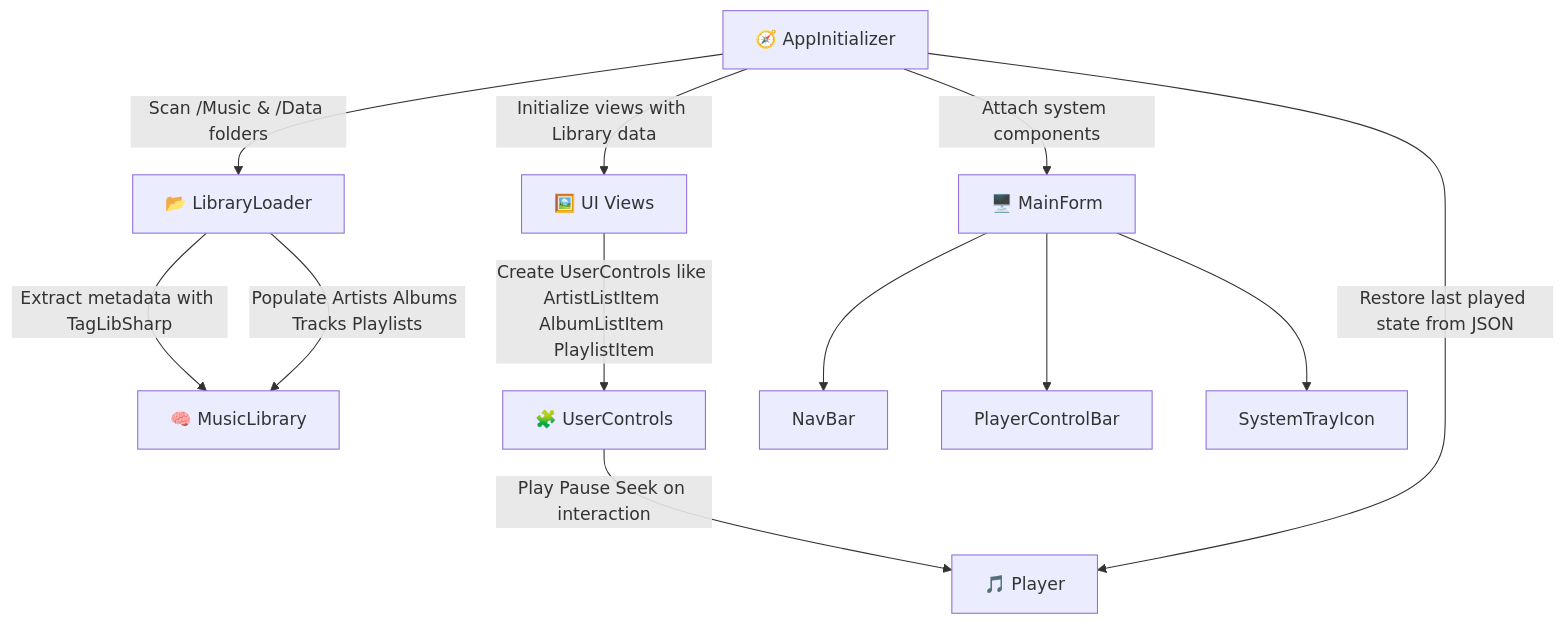
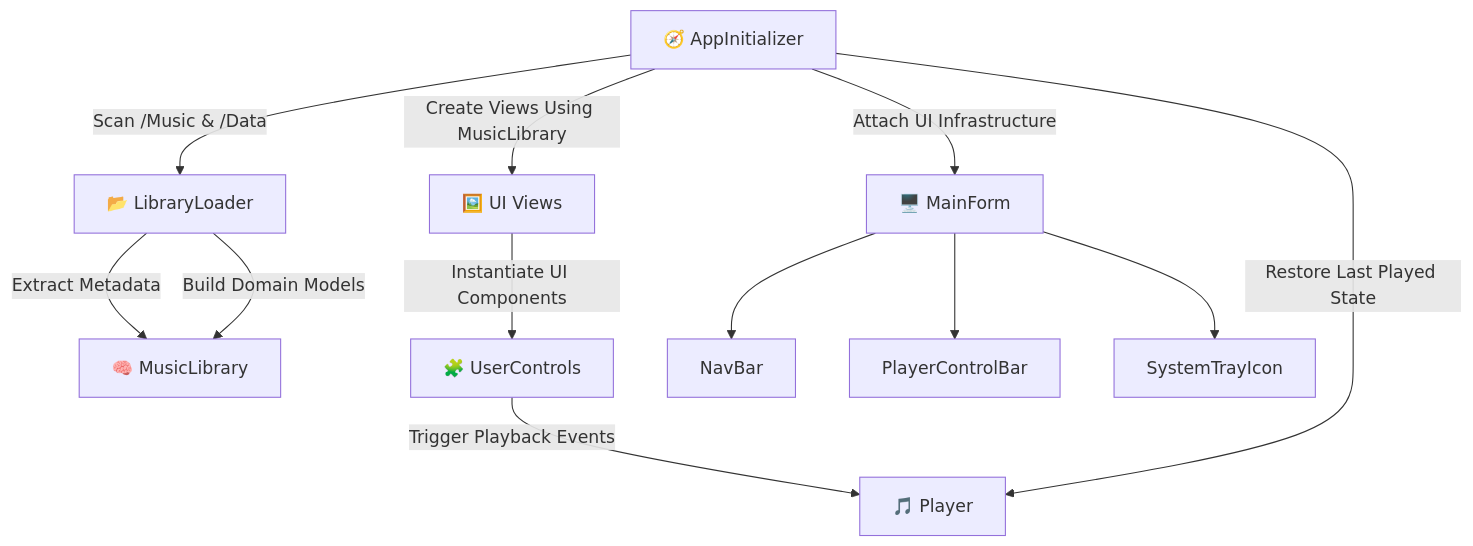
Before and after one commit to AlexPlec/Audio-256: the second of 2 diagrams in docs/components.md, drawn with Mermaid. The commit also changed other lines of this file and 2 other files, not shown here.

First line of the commit message:
Revise and clarify documentation for components and controls

````diff
--- a/docs/components.md
+++ b/docs/components.md
@@ -123,14 +131,14 @@
 ```mermaid
 graph TD
-    AppInitializer["🧭 AppInitializer"] -->|Scan /Music & /Data folders| LibraryLoader["📂 LibraryLoader"]
-    LibraryLoader -->|Extract metadata with TagLibSharp| MusicLibrary["🧠 MusicLibrary"]
-    LibraryLoader -->|Populate Artists Albums Tracks Playlists| MusicLibrary
-    AppInitializer -->|Initialize views with Library data| Views["🖼️ UI Views"]
-    Views -->|Create UserControls like ArtistListItem AlbumListItem PlaylistItem| UserControls["🧩 UserControls"]
-    UserControls -->|Play Pause Seek on interaction| Player["🎵 Player"]
-    AppInitializer -->|Restore last played state from JSON| Player
-    AppInitializer -->|Attach system components| MainForm["🖥️ MainForm"]
+    AppInitializer["🧭 AppInitializer"] -->|Scan /Music & /Data| LibraryLoader["📂 LibraryLoader"]
+    LibraryLoader -->|Extract Metadata| MusicLibrary["🧠 MusicLibrary"]
+    LibraryLoader -->|Build Domain Models| MusicLibrary
+    AppInitializer -->|Create Views Using MusicLibrary| Views["🖼️ UI Views"]
+    Views -->|Instantiate UI Components| UserControls["🧩 UserControls"]
+    UserControls -->|Trigger Playback Events| Player["🎵 Player"]
+    AppInitializer -->|Restore Last Played State| Player
+    AppInitializer -->|Attach UI Infrastructure| MainForm["🖥️ MainForm"]
     MainForm --> NavBar
     MainForm --> PlayerControlBar
     MainForm --> SystemTrayIcon
 ```
````
